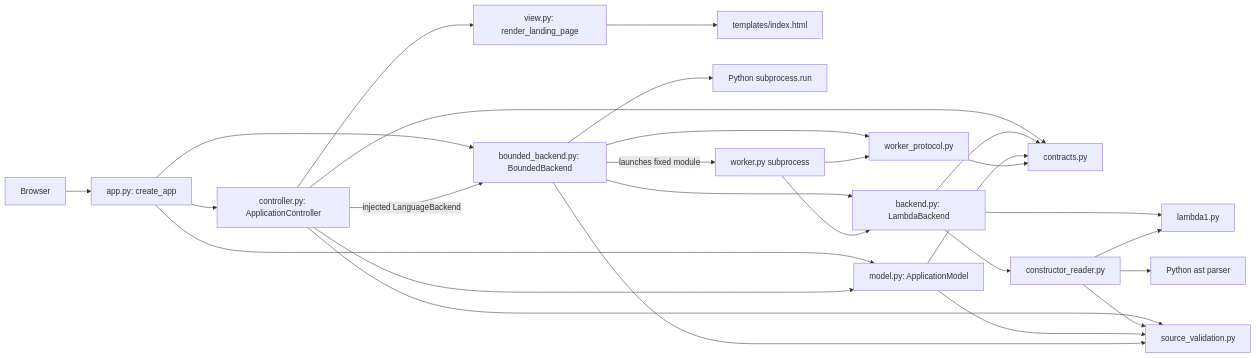
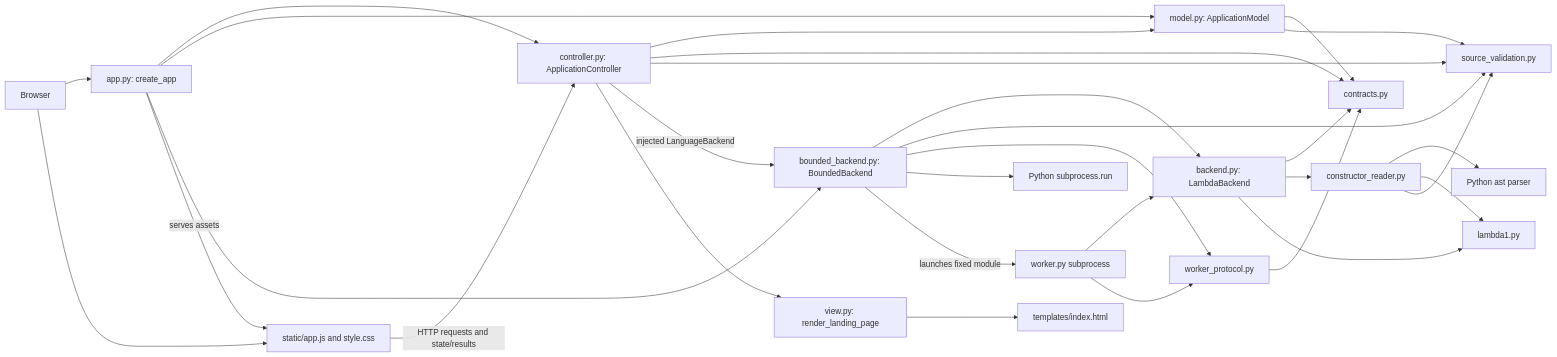
One commit to kojiken4/CS413-2026-Fall-kojiken changed the diagram in assigns/04/MySolution/ARCHITECTURE.md. Above: the diagram before and after it, drawn with Mermaid. The commit also changed other lines of this file and 10 other files, not shown here.

Commit message:
feat(assign04): implement view component with browser source editor and language controls

````diff
--- a/assigns/04/MySolution/ARCHITECTURE.md
+++ b/assigns/04/MySolution/ARCHITECTURE.md
@@ -5,29 +5,32 @@
 ```mermaid
 flowchart LR
     Browser --> App[app.py: create_app]
     App --> Controller[controller.py: ApplicationController]
     App --> Model
     App --> Bounded
     Controller --> Model
     Controller --> Contracts
     Controller --> Validation
     Controller -->|injected LanguageBackend| Bounded
     Controller --> View[view.py: render_landing_page]
     View --> HTML[templates/index.html]
+    Browser --> BrowserView[static/app.js and style.css]
+    App -->|serves assets| BrowserView
+    BrowserView -->|HTTP requests and state/results| Controller
     Backend[backend.py: LambdaBackend] --> Contracts[contracts.py]
     Backend --> Reader[constructor_reader.py]
     Backend --> Language[lambda1.py]
     Reader --> AST[Python ast parser]
     Reader --> Language
     Reader --> Validation[source_validation.py]
     Model[model.py: ApplicationModel] --> Contracts
     Model --> Validation
     Bounded[bounded_backend.py: BoundedBackend] --> Backend
     Bounded --> Validation
     Bounded --> Transport[worker_protocol.py]
     Bounded --> Subprocess[Python subprocess.run]
     Bounded -->|launches fixed module| Worker[worker.py subprocess]
     Worker --> Backend
     Worker --> Transport
     Transport --> Contracts
 ```
````
